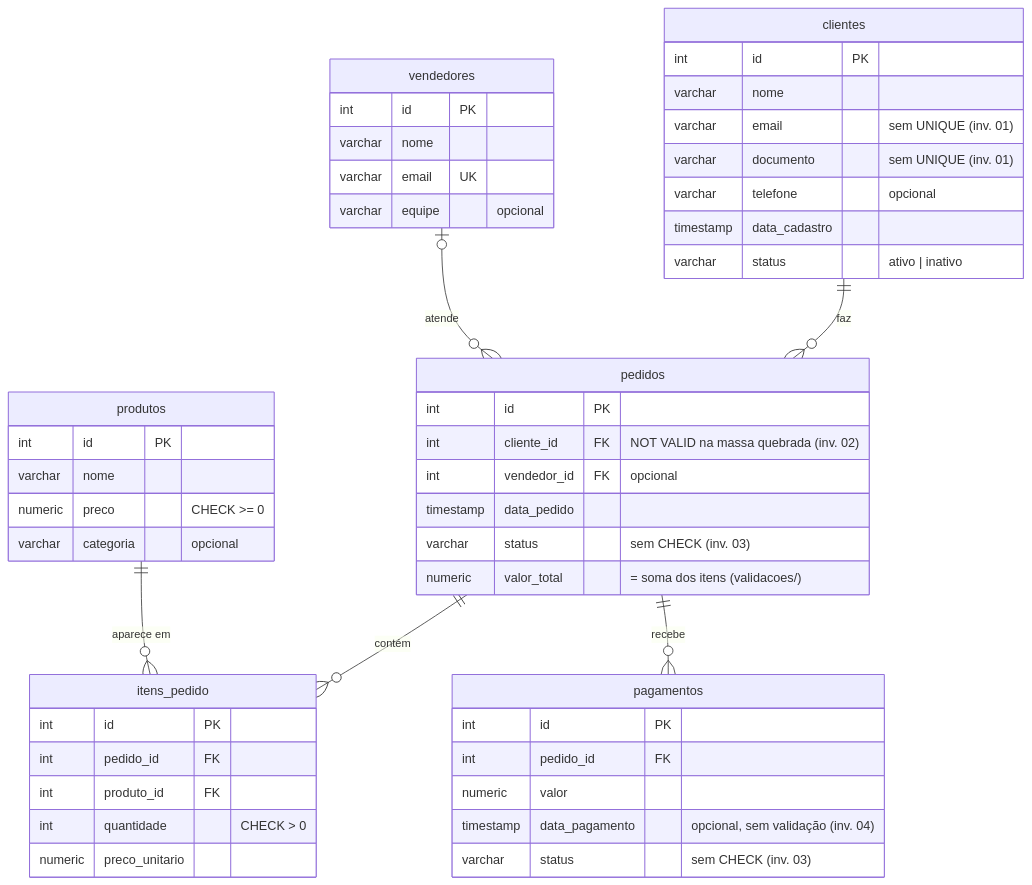
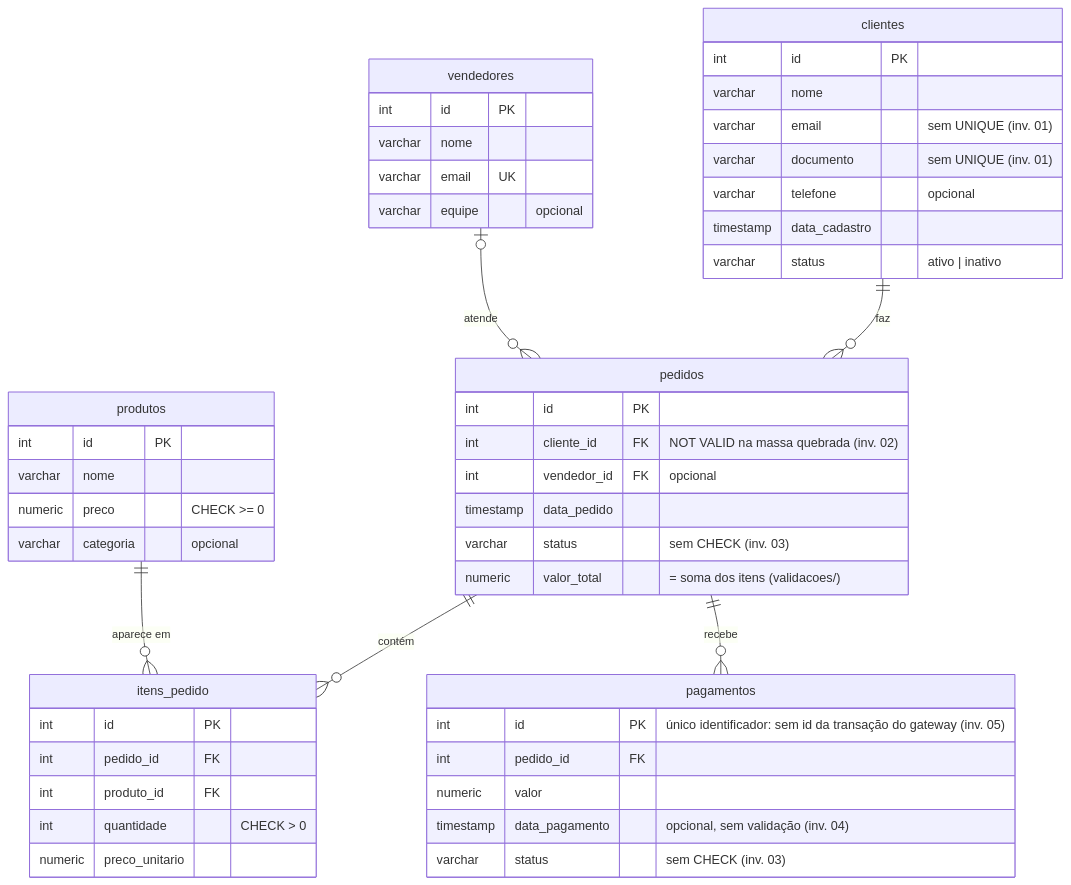
One commit to ThomasTDS/sql-defect-investigation changed the diagram in README.md. Above: the diagram before and after it, drawn with Mermaid. The commit also changed other lines of this file and 9 other files, not shown here.

````diff
--- a/README.md
+++ b/README.md
@@ -21,57 +21,57 @@
 ```mermaid
 erDiagram
     clientes ||--o{ pedidos : "faz"
     vendedores |o--o{ pedidos : "atende"
     pedidos ||--o{ itens_pedido : "contém"
     produtos ||--o{ itens_pedido : "aparece em"
     pedidos ||--o{ pagamentos : "recebe"
 
     clientes {
         int id PK
         varchar nome
         varchar email "sem UNIQUE (inv. 01)"
         varchar documento "sem UNIQUE (inv. 01)"
         varchar telefone "opcional"
         timestamp data_cadastro
         varchar status "ativo | inativo"
     }
 
     vendedores {
         int id PK
         varchar nome
         varchar email UK
         varchar equipe "opcional"
     }
 
     produtos {
         int id PK
         varchar nome
         numeric preco "CHECK >= 0"
         varchar categoria "opcional"
     }
 
     pedidos {
         int id PK
         int cliente_id FK "NOT VALID na massa quebrada (inv. 02)"
         int vendedor_id FK "opcional"
         timestamp data_pedido
         varchar status "sem CHECK (inv. 03)"
         numeric valor_total "= soma dos itens (validacoes/)"
     }
 
     itens_pedido {
         int id PK
         int pedido_id FK
         int produto_id FK
         int quantidade "CHECK > 0"
         numeric preco_unitario
     }
 
     pagamentos {
-        int id PK
+        int id PK "único identificador: sem id da transação do gateway (inv. 05)"
         int pedido_id FK
         numeric valor
         timestamp data_pagamento "opcional, sem validação (inv. 04)"
         varchar status "sem CHECK (inv. 03)"
     }
 ```
````
